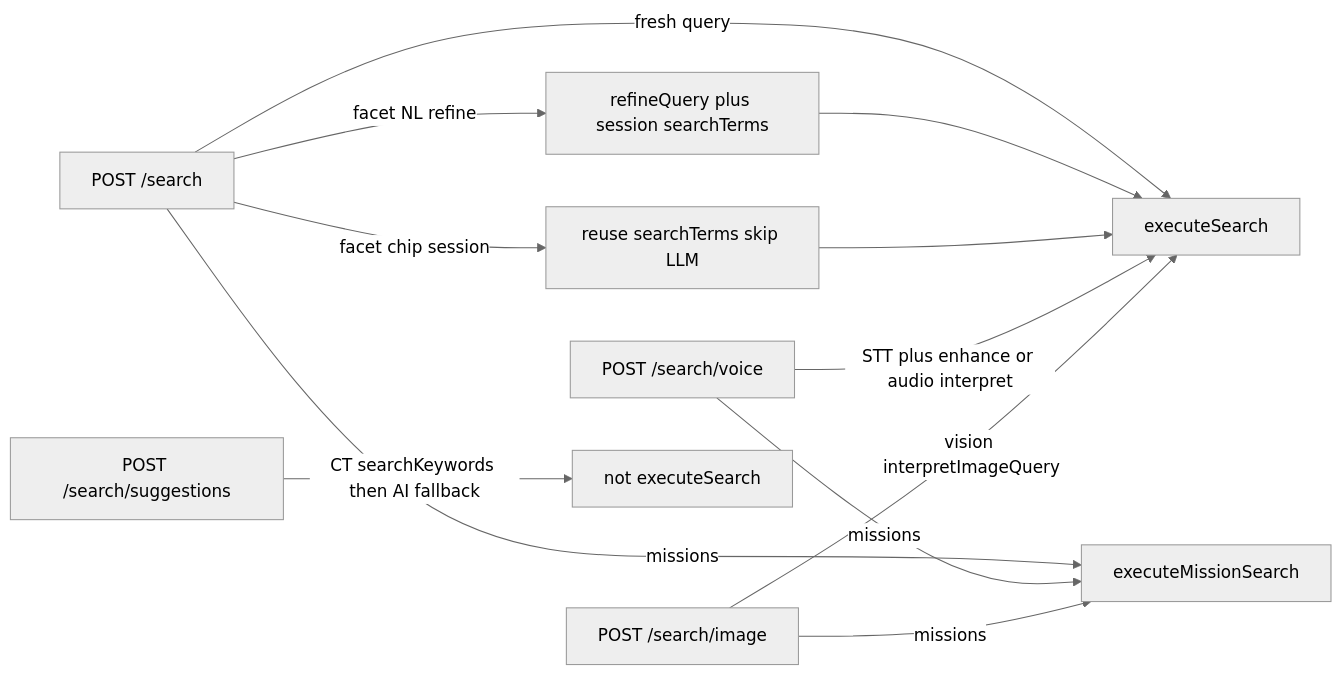
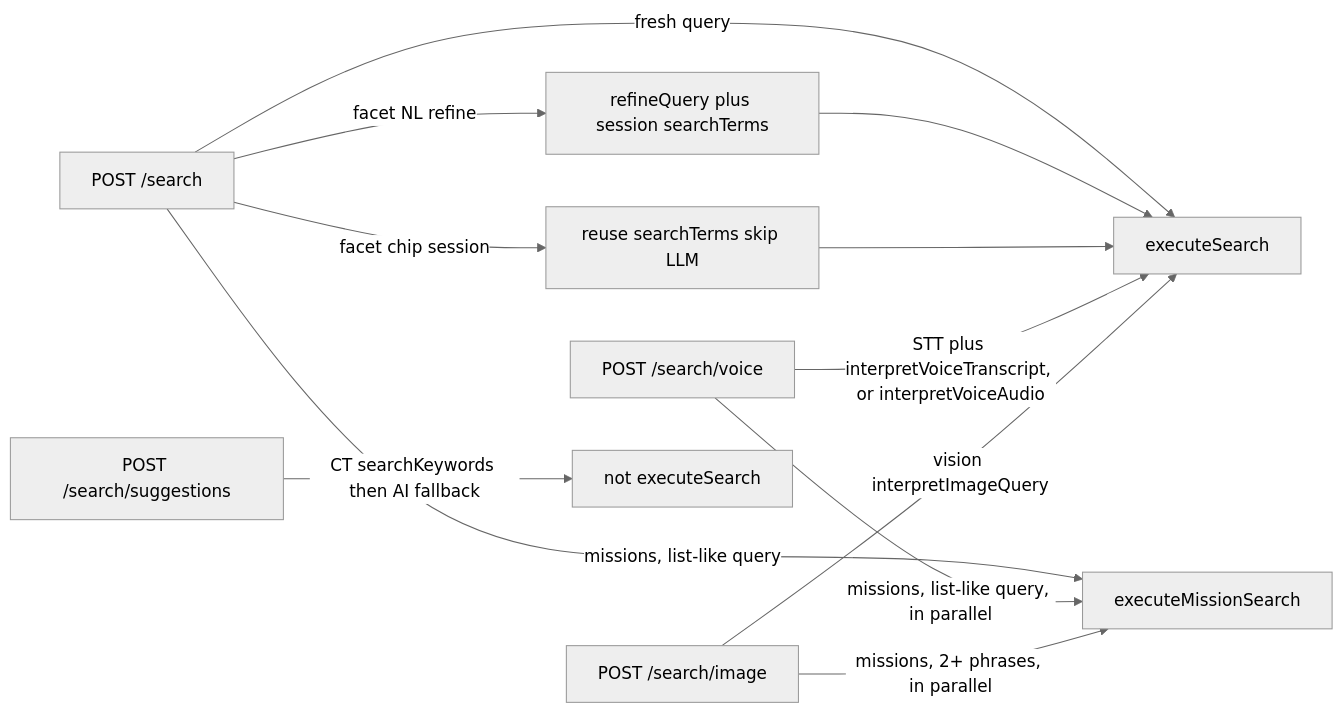
The third of 4 diagrams in docs/SEARCH-PIPELINE.md (tomasz-miller/commerce-ai-tool), drawn with Mermaid (neutral theme) before and after one commit. The commit also changed other lines of this file and 427 other files, not shown here.

````diff
--- a/docs/SEARCH-PIPELINE.md
+++ b/docs/SEARCH-PIPELINE.md
@@ -269,23 +324,23 @@
 ```mermaid
 flowchart LR
   text["POST /search"]
   refine["refineQuery plus session searchTerms"]
   skipLlm["reuse searchTerms skip LLM"]
   voice["POST /search/voice"]
   image["POST /search/image"]
   suggest["POST /search/suggestions"]
   execute["executeSearch"]
   mission["executeMissionSearch"]
 
   text -->|"fresh query"| execute
-  text -->|"missions"| mission
+  text -->|"missions, list-like query"| mission
   text -->|"facet NL refine"| refine
   refine --> execute
   text -->|"facet chip session"| skipLlm
   skipLlm --> execute
-  voice -->|"STT plus enhance or audio interpret"| execute
-  voice -->|"missions"| mission
+  voice -->|"STT plus interpretVoiceTranscript, or interpretVoiceAudio"| execute
+  voice -->|"missions, list-like query, in parallel"| mission
   image -->|"vision interpretImageQuery"| execute
-  image -->|"missions"| mission
+  image -->|"missions, 2+ phrases, in parallel"| mission
   suggest -->|"CT searchKeywords then AI fallback"| ctSuggest["not executeSearch"]
 ```
````
